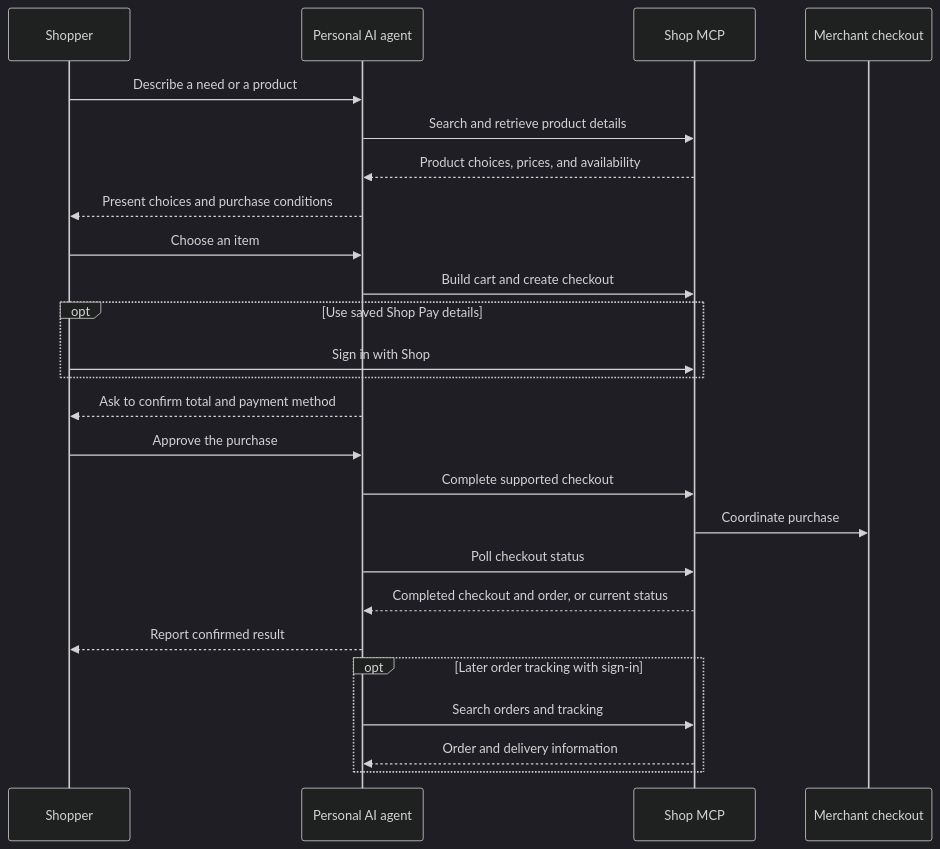
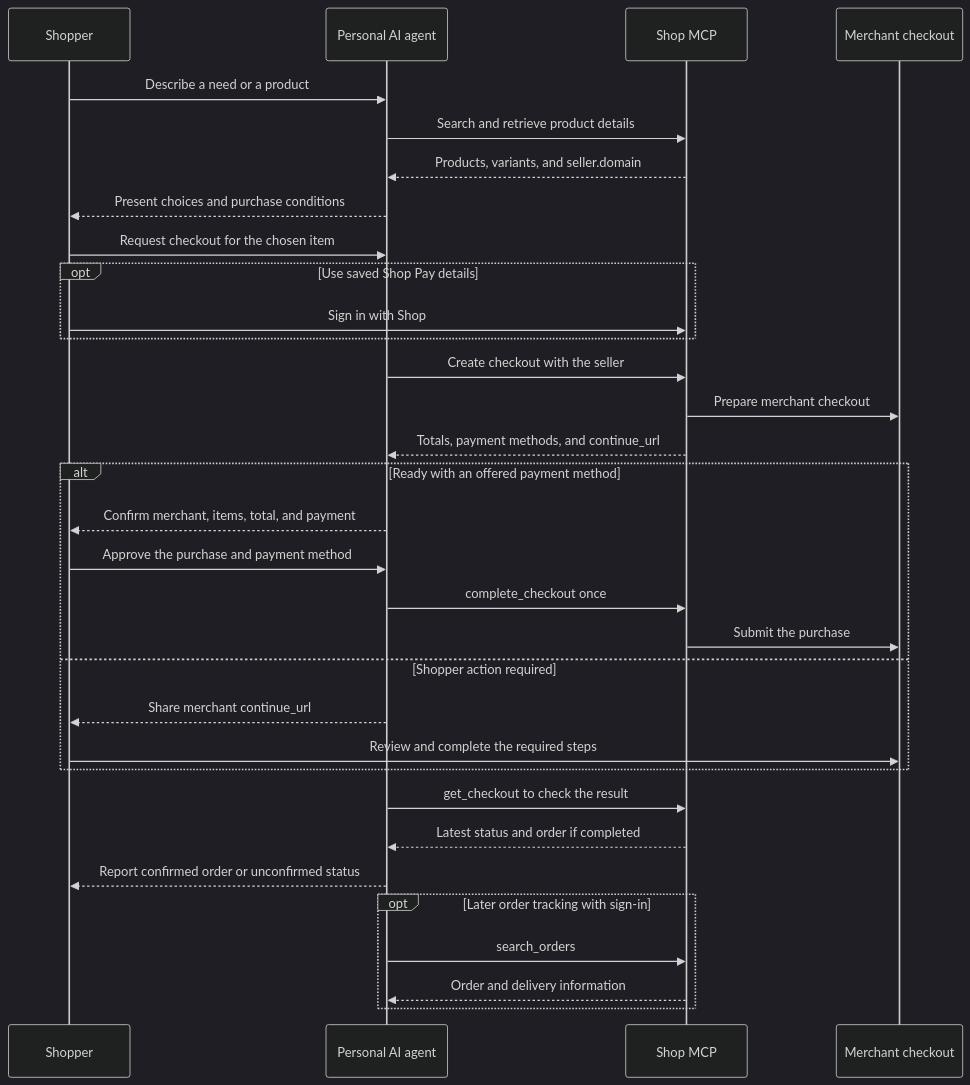
Before and after one commit to benzookapi/shopify-technical-docs: the tenth of 10 diagrams in products/shop/architecture.md, drawn with Mermaid (dark theme). The commit also changed other lines of this file and 6 other files, not shown here.

````diff
--- a/products/shop/architecture.md
+++ b/products/shop/architecture.md
@@ -292,27 +350,34 @@
 ```mermaid
 sequenceDiagram
     participant Buyer as Shopper
     participant Agent as Personal AI agent
     participant MCP as Shop MCP
     participant Store as Merchant checkout
     Buyer->>Agent: Describe a need or a product
     Agent->>MCP: Search and retrieve product details
-    MCP-->>Agent: Product choices, prices, and availability
+    MCP-->>Agent: Products, variants, and seller.domain
     Agent-->>Buyer: Present choices and purchase conditions
-    Buyer->>Agent: Choose an item
-    Agent->>MCP: Build cart and create checkout
+    Buyer->>Agent: Request checkout for the chosen item
     opt Use saved Shop Pay details
         Buyer->>MCP: Sign in with Shop
     end
-    Agent-->>Buyer: Ask to confirm total and payment method
-    Buyer->>Agent: Approve the purchase
-    Agent->>MCP: Complete supported checkout
-    MCP->>Store: Coordinate purchase
-    Agent->>MCP: Poll checkout status
-    MCP-->>Agent: Completed checkout and order, or current status
-    Agent-->>Buyer: Report confirmed result
+    Agent->>MCP: Create checkout with the seller
+    MCP->>Store: Prepare merchant checkout
+    MCP-->>Agent: Totals, payment methods, and continue_url
+    alt Ready with an offered payment method
+        Agent-->>Buyer: Confirm merchant, items, total, and payment
+        Buyer->>Agent: Approve the purchase and payment method
+        Agent->>MCP: complete_checkout once
+        MCP->>Store: Submit the purchase
+    else Shopper action required
+        Agent-->>Buyer: Share merchant continue_url
+        Buyer->>Store: Review and complete the required steps
+    end
+    Agent->>MCP: get_checkout to check the result
+    MCP-->>Agent: Latest status and order if completed
+    Agent-->>Buyer: Report confirmed order or unconfirmed status
     opt Later order tracking with sign-in
-        Agent->>MCP: Search orders and tracking
+        Agent->>MCP: search_orders
         MCP-->>Agent: Order and delivery information
     end
 ```
````
